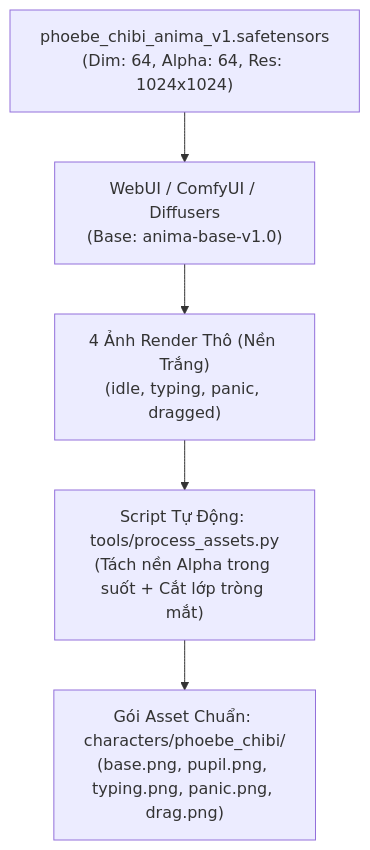
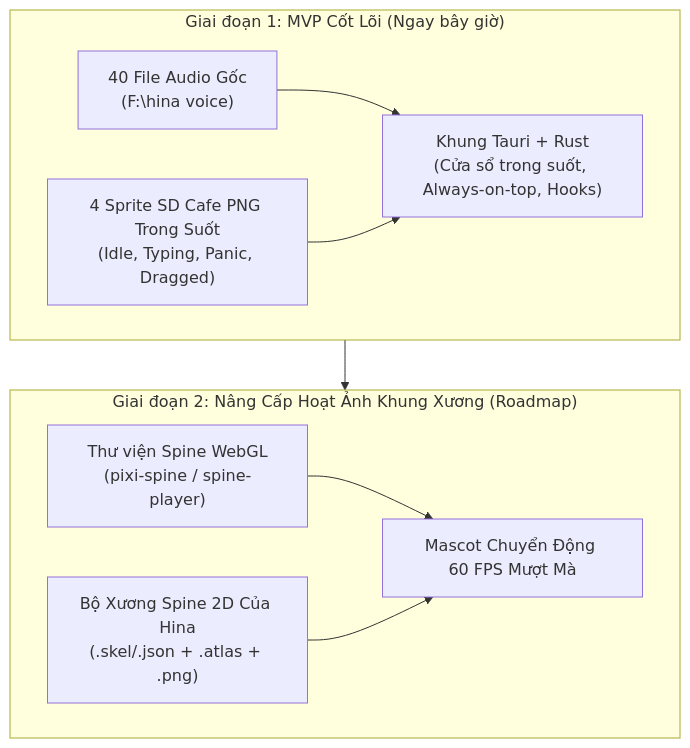
The second of 2 diagrams in TECHNICAL_SPECIFICATION.md (DangQuangMinh-IS/animaengine), drawn with Mermaid before and after one commit. The commit also changed other lines of this file and 1 other file, not shown here.

Commit message:
docs: adopt Hina (Blue Archive) as default mascot with 2-phase roadmap

````diff
--- a/TECHNICAL_SPECIFICATION.md
+++ b/TECHNICAL_SPECIFICATION.md
@@ -206,7 +218,17 @@
 ```mermaid
 flowchart TD
-    LoRA["phoebe_chibi_anima_v1.safetensors<br>(Dim: 64, Alpha: 64, Res: 1024x1024)"] --> WebUI["WebUI / ComfyUI / Diffusers<br>(Base: anima-base-v1.0)"]
-    WebUI --> RawImages["4 Ảnh Render Thô (Nền Trắng)<br>(idle, typing, panic, dragged)"]
-    RawImages --> PyScript["Script Tự Động: tools/process_assets.py<br>(Tách nền Alpha trong suốt + Cắt lớp tròng mắt)"]
-    PyScript --> FinalPack["Gói Asset Chuẩn: characters/phoebe_chibi/<br>(base.png, pupil.png, typing.png, panic.png, drag.png)"]
+    subgraph Phase1 ["Giai đoạn 1: MVP Cốt Lõi (Ngay bây giờ)"]
+        AudioPack["40 File Audio Gốc<br>(F:\hina voice)"]
+        SDSprites["4 Sprite SD Cafe PNG Trong Suốt<br>(Idle, Typing, Panic, Dragged)"]
+        TauriCore["Khung Tauri + Rust<br>(Cửa sổ trong suốt, Always-on-top, Hooks)"]
+        AudioPack & SDSprites --> TauriCore
+    end
+
+    subgraph Phase2 ["Giai đoạn 2: Nâng Cấp Hoạt Ảnh Khung Xương (Roadmap)"]
+        SpineRuntime["Thư viện Spine WebGL<br>(pixi-spine / spine-player)"]
+        SpineModel["Bộ Xương Spine 2D Của Hina<br>(.skel/.json + .atlas + .png)"]
+        SpineRuntime & SpineModel --> WebviewRenderer["Mascot Chuyển Động 60 FPS Mượt Mà"]
+    end
+
+    Phase1 --> Phase2
 ```
````
